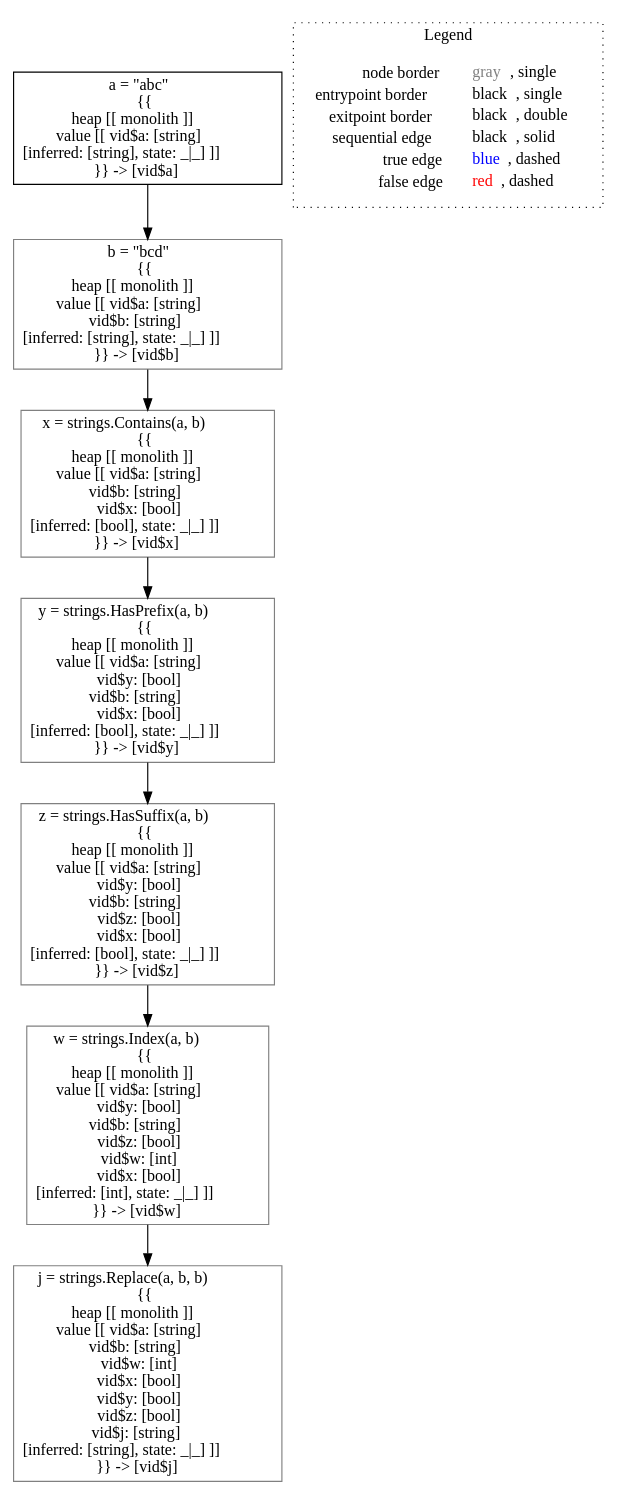
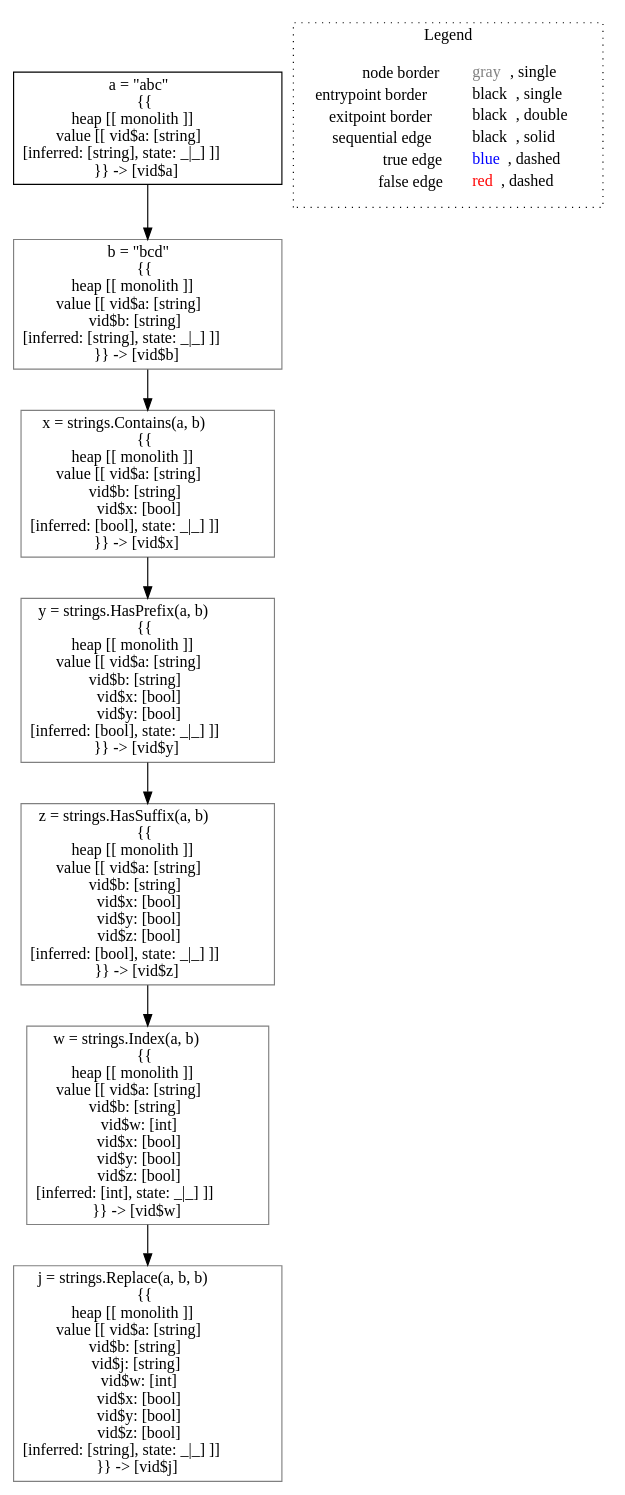
The diagram in go-lisa/go-testcases/typing/typing___untyped_~LiSAProgram.strings().dot (lisa-analyzer/go-lisa), drawn with Graphviz before and after one commit. The commit also changed 9 other files, not shown here.

```diff
--- a/go-lisa/go-testcases/typing/typing___untyped_~LiSAProgram.strings().dot
+++ b/go-lisa/go-testcases/typing/typing___untyped_~LiSAProgram.strings().dot
@@ -1,22 +1,22 @@
 digraph {
 	"node0" [shape="rect",color="black",label=<a = &quot;abc&quot;<BR/>{{<BR/>heap [[ monolith ]]<BR/>value [[ vid$a: [string]<BR/>[inferred: [string], state: _|_] ]]<BR/>}} -&gt; [vid$a]>];
-	"node1" [shape="rect",color="gray",label=<y = strings.HasPrefix(a, b)<BR/>{{<BR/>heap [[ monolith ]]<BR/>value [[ vid$a: [string]<BR/>vid$y: [bool]<BR/>vid$b: [string]<BR/>vid$x: [bool]<BR/>[inferred: [bool], state: _|_] ]]<BR/>}} -&gt; [vid$y]>];
-	"node2" [shape="rect",color="gray",label=<z = strings.HasSuffix(a, b)<BR/>{{<BR/>heap [[ monolith ]]<BR/>value [[ vid$a: [string]<BR/>vid$y: [bool]<BR/>vid$b: [string]<BR/>vid$z: [bool]<BR/>vid$x: [bool]<BR/>[inferred: [bool], state: _|_] ]]<BR/>}} -&gt; [vid$z]>];
-	"node3" [shape="rect",color="gray",label=<w = strings.Index(a, b)<BR/>{{<BR/>heap [[ monolith ]]<BR/>value [[ vid$a: [string]<BR/>vid$y: [bool]<BR/>vid$b: [string]<BR/>vid$z: [bool]<BR/>vid$w: [int]<BR/>vid$x: [bool]<BR/>[inferred: [int], state: _|_] ]]<BR/>}} -&gt; [vid$w]>];
+	"node1" [shape="rect",color="gray",label=<b = &quot;bcd&quot;<BR/>{{<BR/>heap [[ monolith ]]<BR/>value [[ vid$a: [string]<BR/>vid$b: [string]<BR/>[inferred: [string], state: _|_] ]]<BR/>}} -&gt; [vid$b]>];
+	"node2" [shape="rect",color="gray",label=<z = strings.HasSuffix(a, b)<BR/>{{<BR/>heap [[ monolith ]]<BR/>value [[ vid$a: [string]<BR/>vid$b: [string]<BR/>vid$x: [bool]<BR/>vid$y: [bool]<BR/>vid$z: [bool]<BR/>[inferred: [bool], state: _|_] ]]<BR/>}} -&gt; [vid$z]>];
+	"node3" [shape="rect",color="gray",label=<j = strings.Replace(a, b, b)<BR/>{{<BR/>heap [[ monolith ]]<BR/>value [[ vid$a: [string]<BR/>vid$b: [string]<BR/>vid$j: [string]<BR/>vid$w: [int]<BR/>vid$x: [bool]<BR/>vid$y: [bool]<BR/>vid$z: [bool]<BR/>[inferred: [string], state: _|_] ]]<BR/>}} -&gt; [vid$j]>];
 	"node4" [shape="rect",color="gray",label=<x = strings.Contains(a, b)<BR/>{{<BR/>heap [[ monolith ]]<BR/>value [[ vid$a: [string]<BR/>vid$b: [string]<BR/>vid$x: [bool]<BR/>[inferred: [bool], state: _|_] ]]<BR/>}} -&gt; [vid$x]>];
-	"node5" [shape="rect",color="gray",label=<b = &quot;bcd&quot;<BR/>{{<BR/>heap [[ monolith ]]<BR/>value [[ vid$a: [string]<BR/>vid$b: [string]<BR/>[inferred: [string], state: _|_] ]]<BR/>}} -&gt; [vid$b]>];
-	"node6" [shape="rect",color="gray",label=<j = strings.Replace(a, b, b)<BR/>{{<BR/>heap [[ monolith ]]<BR/>value [[ vid$a: [string]<BR/>vid$b: [string]<BR/>vid$w: [int]<BR/>vid$x: [bool]<BR/>vid$y: [bool]<BR/>vid$z: [bool]<BR/>vid$j: [string]<BR/>[inferred: [string], state: _|_] ]]<BR/>}} -&gt; [vid$j]>];
-	"node0" -> "node5" [color="black"];
-	"node1" -> "node2" [color="black"];
-	"node2" -> "node3" [color="black"];
-	"node3" -> "node6" [color="black"];
-	"node4" -> "node1" [color="black"];
-	"node5" -> "node4" [color="black"];
+	"node5" [shape="rect",color="gray",label=<y = strings.HasPrefix(a, b)<BR/>{{<BR/>heap [[ monolith ]]<BR/>value [[ vid$a: [string]<BR/>vid$b: [string]<BR/>vid$x: [bool]<BR/>vid$y: [bool]<BR/>[inferred: [bool], state: _|_] ]]<BR/>}} -&gt; [vid$y]>];
+	"node6" [shape="rect",color="gray",label=<w = strings.Index(a, b)<BR/>{{<BR/>heap [[ monolith ]]<BR/>value [[ vid$a: [string]<BR/>vid$b: [string]<BR/>vid$w: [int]<BR/>vid$x: [bool]<BR/>vid$y: [bool]<BR/>vid$z: [bool]<BR/>[inferred: [int], state: _|_] ]]<BR/>}} -&gt; [vid$w]>];
+	"node0" -> "node1" [color="black"];
+	"node1" -> "node4" [color="black"];
+	"node2" -> "node6" [color="black"];
+	"node4" -> "node5" [color="black"];
+	"node5" -> "node2" [color="black"];
+	"node6" -> "node3" [color="black"];
 subgraph cluster_legend {
 	label="Legend";
 	style=dotted;
 	node [shape=plaintext];
 	"legend" [label=<<table border="0" cellpadding="2" cellspacing="0" cellborder="0"><tr><td align="right">node border&nbsp;</td><td align="left"><font color="gray">gray</font>, single</td></tr><tr><td align="right">entrypoint border&nbsp;</td><td align="left"><font color="black">black</font>, single</td></tr><tr><td align="right">exitpoint border&nbsp;</td><td align="left"><font color="black">black</font>, double</td></tr><tr><td align="right">sequential edge&nbsp;</td><td align="left"><font color="black">black</font>, solid</td></tr><tr><td align="right">true edge&nbsp;</td><td align="left"><font color="blue">blue</font>, dashed</td></tr><tr><td align="right">false edge&nbsp;</td><td align="left"><font color="red">red</font>, dashed</td></tr></table>>];
 }
 
 }
```
